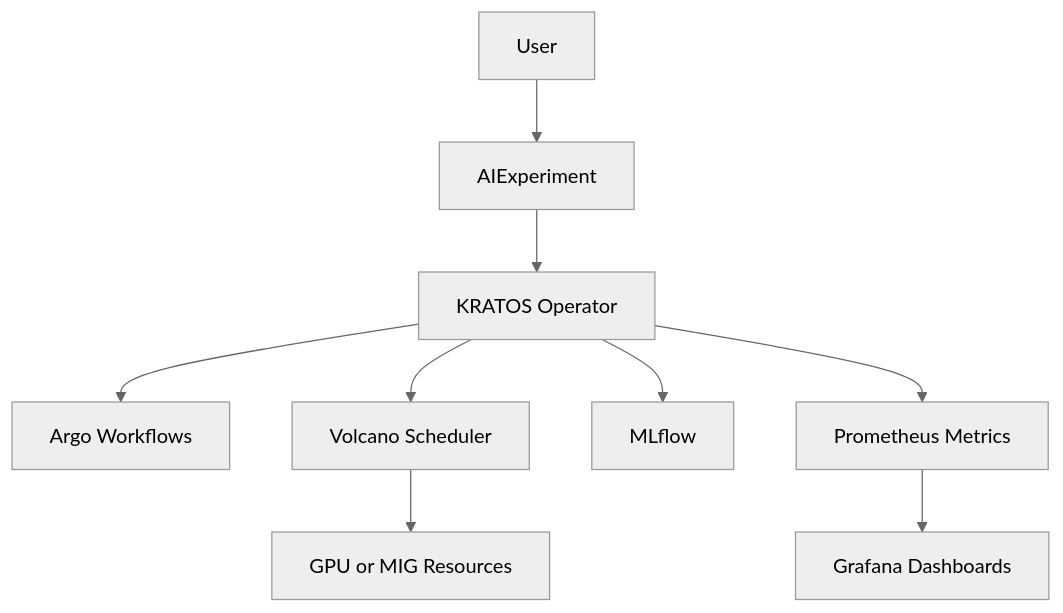
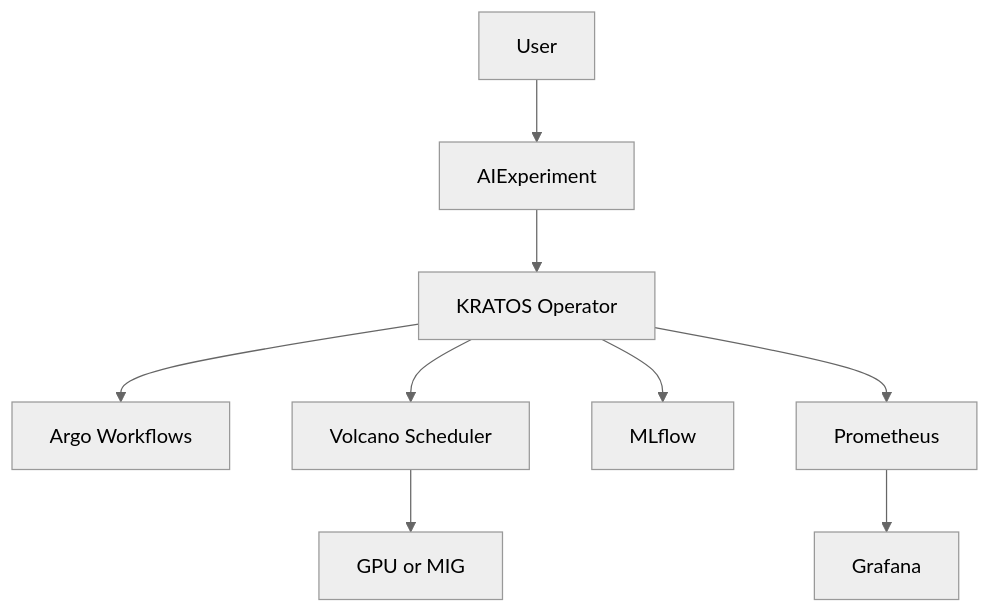
One commit to chirichexe/kratos changed the diagram in docs/architecture/README.md. Above: the diagram before and after it, drawn with Mermaid (neutral theme). The commit also changed other lines of this file and 7 other files, not shown here.

````diff
--- a/docs/architecture/README.md
+++ b/docs/architecture/README.md
@@ -15,11 +12,11 @@
 ```mermaid
 flowchart TB
     user[User] --> cr[AIExperiment]
     cr --> operator[KRATOS Operator]
     operator --> argo[Argo Workflows]
     operator --> volcano[Volcano Scheduler]
     operator --> mlflow[MLflow]
-    operator --> metrics[Prometheus Metrics]
-    volcano --> gpu[GPU or MIG Resources]
-    metrics --> grafana[Grafana Dashboards]
+    operator --> metrics[Prometheus]
+    volcano --> gpu[GPU or MIG]
+    metrics --> grafana[Grafana]
 ```
````
